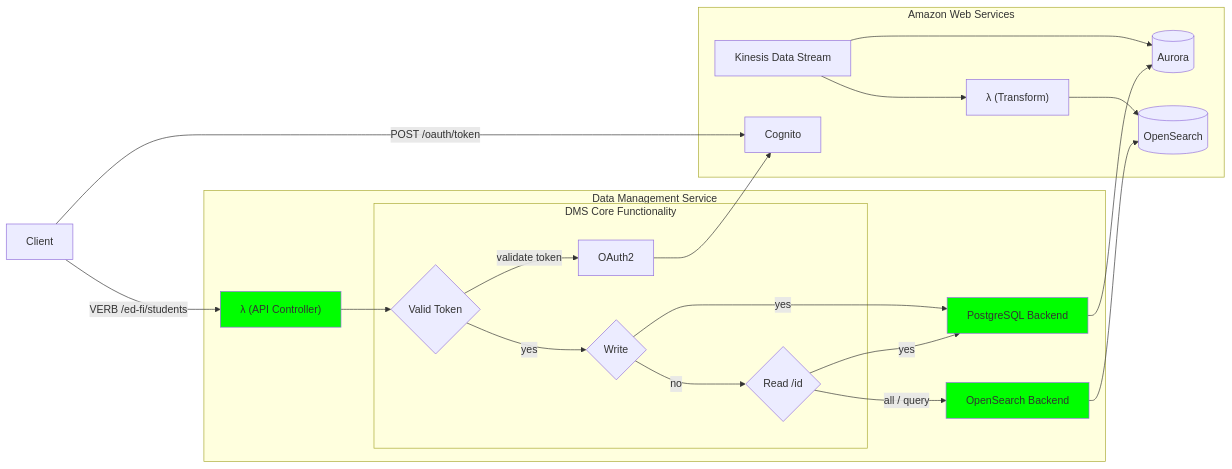
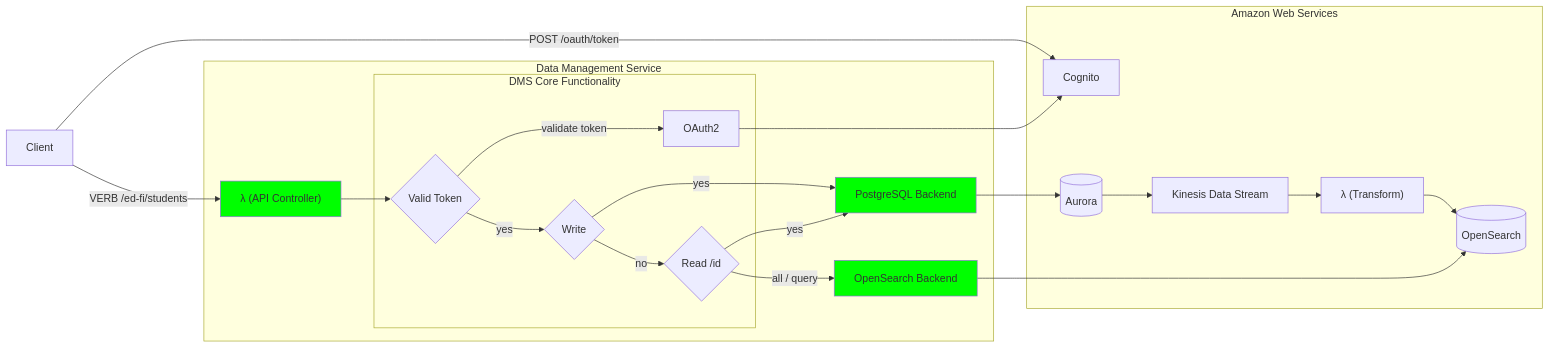
One commit to Ed-Fi-Alliance-OSS/Project-Tanager changed the first of 2 diagrams in docs/PLUGIN.md. Above: the diagram before and after it, drawn with Mermaid.

Commit message:
Apply suggestions from code review

````diff
--- a/docs/PLUGIN.md
+++ b/docs/PLUGIN.md
@@ -39,48 +39,48 @@
 ```mermaid
 flowchart LR
 
     classDef plugin fill:#0f0
 
     subgraph Data Management Service
         Controller["λ (API Controller)"]:::plugin
         DataAccess-PG[PostgreSQL Backend]:::plugin
         DataAccess-OS[OpenSearch Backend]:::plugin
 
 
         subgraph DMS Core Functionality
           Valid{Valid Token}
           OAuth2
           Write{Write}
           ReadOne{Read /id}
         end
     end
 
     subgraph Amazon Web Services
       Aurora[(Aurora)]
       OpenSearch[(OpenSearch)]
 
-      CDC[Kinesis Data Stream] --> Aurora
+      Aurora --> CDC[Kinesis Data Stream]
       Transform["λ (Transform)"]
       CDC --> Transform
       Transform --> OpenSearch
 
       Cognito
     end
 
     Client -->|"POST /oauth/token"| Cognito
 
     Client -->|"VERB /ed-fi/students"| Controller
     Controller --> Valid
     Valid -->|validate token| OAuth2
     OAuth2 --> Cognito
 
     Valid -->|yes| Write
 
     Write -->|yes| DataAccess-PG
     Write -->|no| ReadOne
     ReadOne -->|yes| DataAccess-PG
     ReadOne -->|"all / query"| DataAccess-OS
 
     DataAccess-OS --> OpenSearch
     DataAccess-PG --> Aurora
 ```
````
